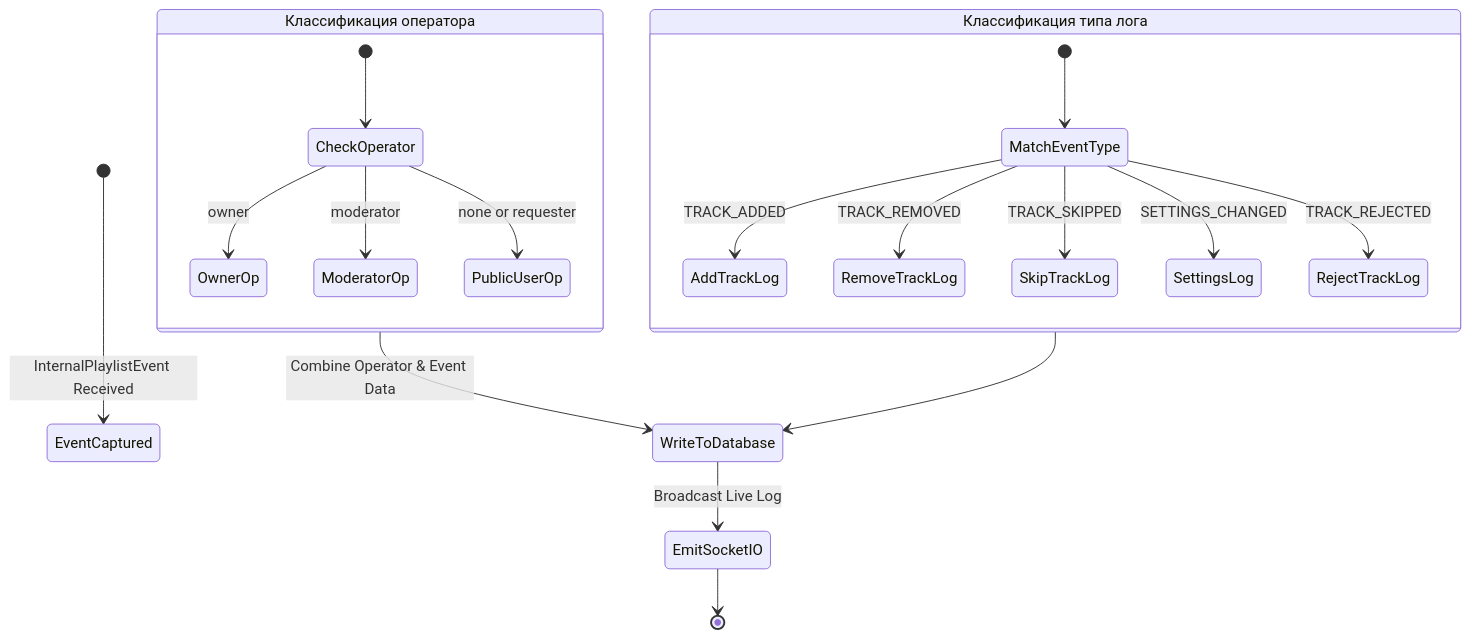
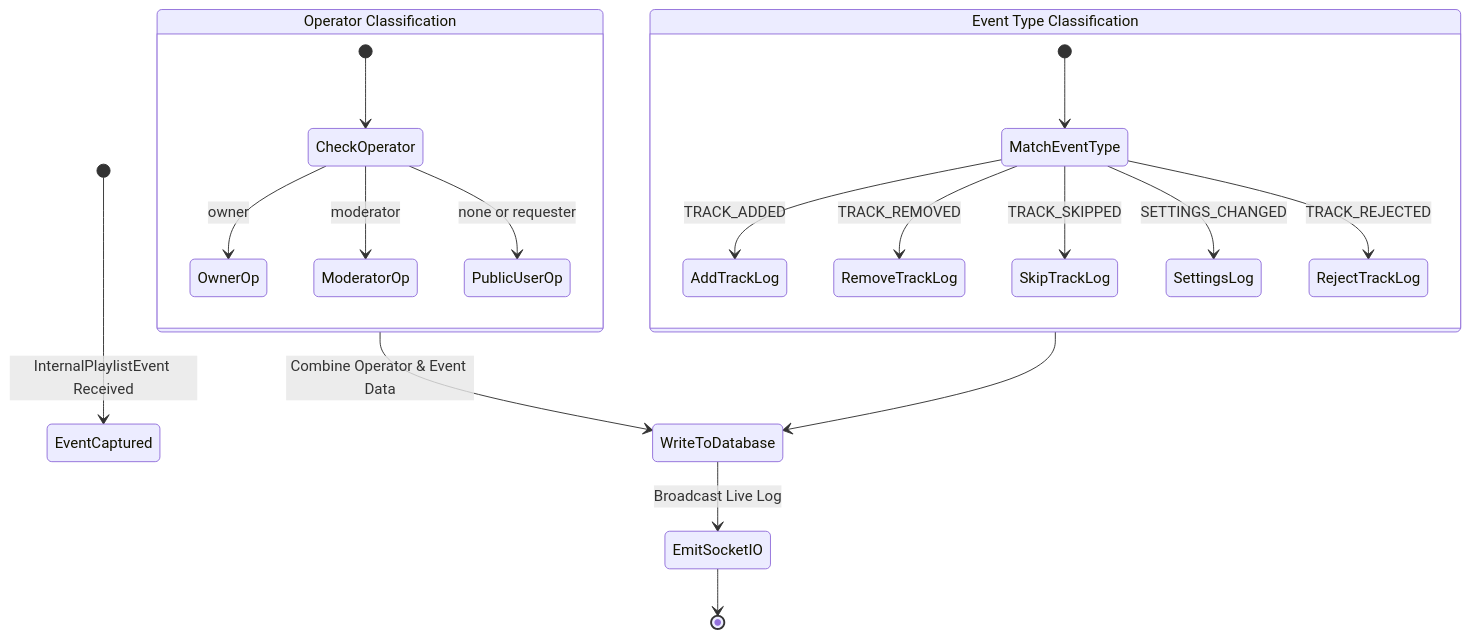
Before and after one commit to DustGalaxy/openplaylist-mono: the fourth of 4 diagrams in docs/core/playlist_logs.md, drawn with Mermaid. The commit also changed other lines of this file and 21 other files, not shown here.

Commit message:
docs: translate technical architecture and component guides to English

````diff
--- a/docs/core/playlist_logs.md
+++ b/docs/core/playlist_logs.md
@@ -129,25 +128,25 @@
 ```mermaid
 stateDiagram-v2
     [*] --> EventCaptured: InternalPlaylistEvent Received
     
-    state "Классификация оператора" as OperatorType {
+    state "Operator Classification" as OperatorType {
         [*] --> CheckOperator
         CheckOperator --> OwnerOp: owner
         CheckOperator --> ModeratorOp: moderator
         CheckOperator --> PublicUserOp: none or requester
     }
 
-    state "Классификация типа лога" as LogEventType {
+    state "Event Type Classification" as LogEventType {
         [*] --> MatchEventType
         MatchEventType --> AddTrackLog: TRACK_ADDED
         MatchEventType --> RemoveTrackLog: TRACK_REMOVED
         MatchEventType --> SkipTrackLog: TRACK_SKIPPED
         MatchEventType --> SettingsLog: SETTINGS_CHANGED
         MatchEventType --> RejectTrackLog: TRACK_REJECTED
     }
 
     OperatorType --> WriteToDatabase: Combine Operator & Event Data
     LogEventType --> WriteToDatabase
     WriteToDatabase --> EmitSocketIO: Broadcast Live Log
     EmitSocketIO --> [*]
 ```
````
